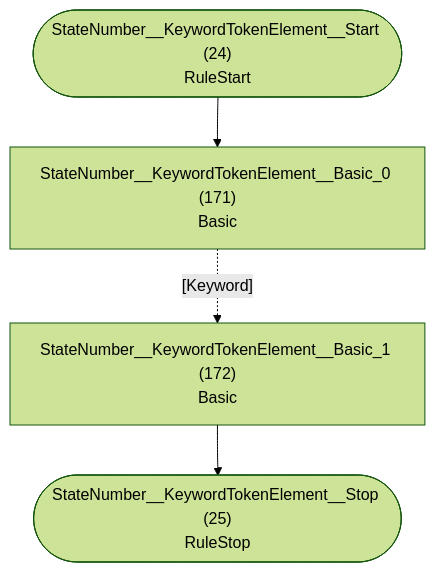
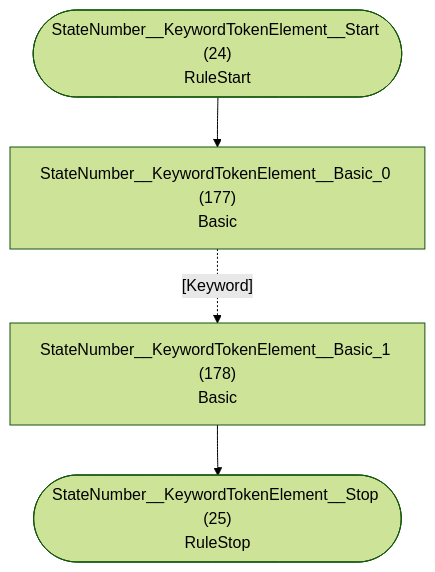
One commit to TypeFox/fastbelt changed diagram 13 of 36 in internal/grammar/atn.md. Above: the diagram before and after it, drawn with Mermaid (forest theme). The commit also changed other lines of this file and 6 other files, not shown here.

````diff
--- a/internal/grammar/atn.md
+++ b/internal/grammar/atn.md
@@ -357,11 +357,11 @@
 ```mermaid
 flowchart TD
     q24(["StateNumber__KeywordTokenElement__Start (24)<br/>RuleStart"])
     q25(["StateNumber__KeywordTokenElement__Stop (25)<br/>RuleStop"])
-    q171["StateNumber__KeywordTokenElement__Basic_0 (171)<br/>Basic<br/>"]
-    q172["StateNumber__KeywordTokenElement__Basic_1 (172)<br/>Basic<br/>"]
+    q177["StateNumber__KeywordTokenElement__Basic_0 (177)<br/>Basic<br/>"]
+    q178["StateNumber__KeywordTokenElement__Basic_1 (178)<br/>Basic<br/>"]
 
-    q24 --> q171
-    q171 -.->|"[Keyword]"| q172
-    q172 --> q25
+    q24 --> q177
+    q177 -.->|"[Keyword]"| q178
+    q178 --> q25
 ```
````
